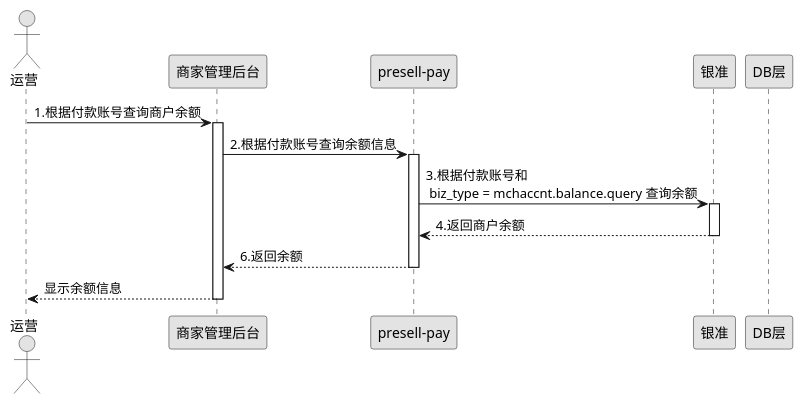
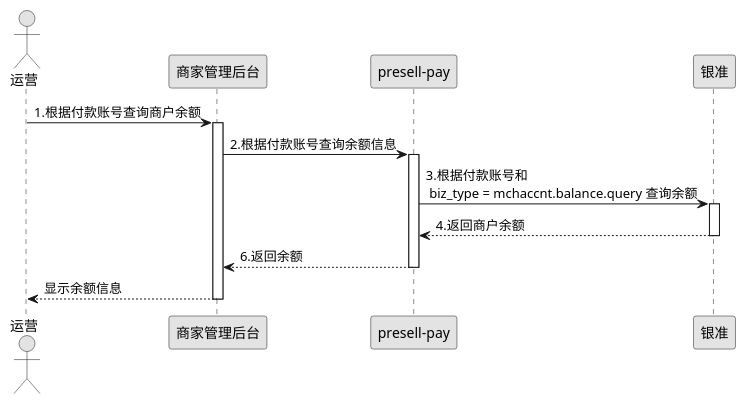
One commit to luobosi-marvel/plant-uml-marvel changed the diagram in 支付系统/电商存管api/余额查询.puml. Above: the diagram before and after it, drawn with PlantUML. The commit also changed 1 other file, not shown here.

Commit message:
支付系统申请退款和余额查询的时序图

```diff
--- a/支付系统/电商存管api/余额查询.puml
+++ b/支付系统/电商存管api/余额查询.puml
@@ -1,20 +1,19 @@
 @startuml
 skinparam monochrome true
 actor 运营 
 participant "商家管理后台" as A
 participant "presell-pay" as B
 participant "银准" as C
-participant "DB层" as D
 运营 -> A: 1.根据付款账号查询商户余额
 activate A
 A -> B: 2.根据付款账号查询余额信息
 activate B
 B -> C: 3.根据付款账号和\n biz_type = mchaccnt.balance.query 查询余额
 activate C
 C --> B: 4.返回商户余额
 deactivate C
 B --> A: 6.返回余额
 deactivate B
 A --> 运营: 显示余额信息
 deactivate A
 @enduml
```
